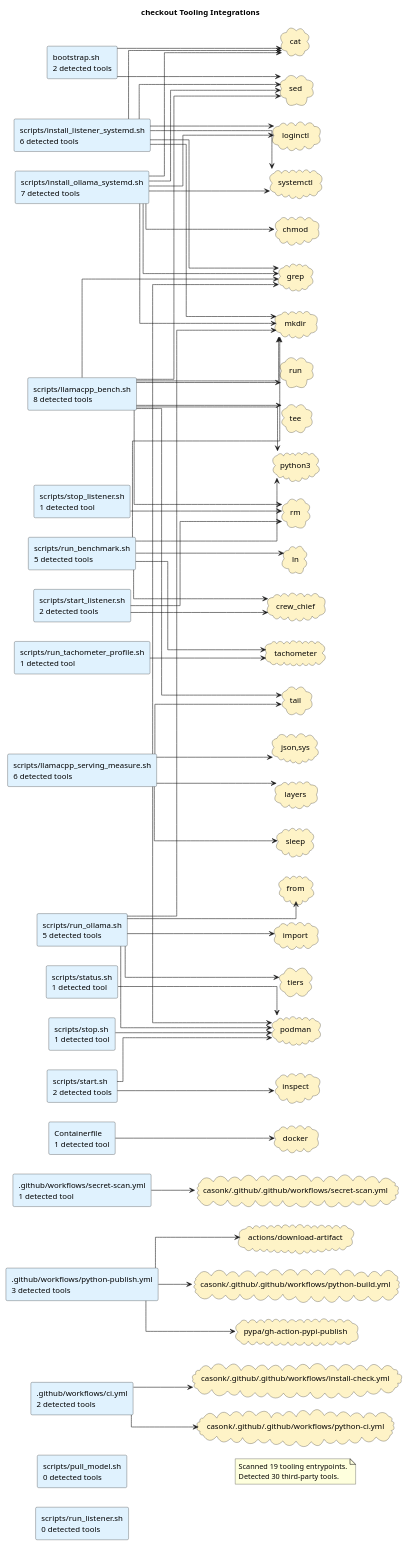
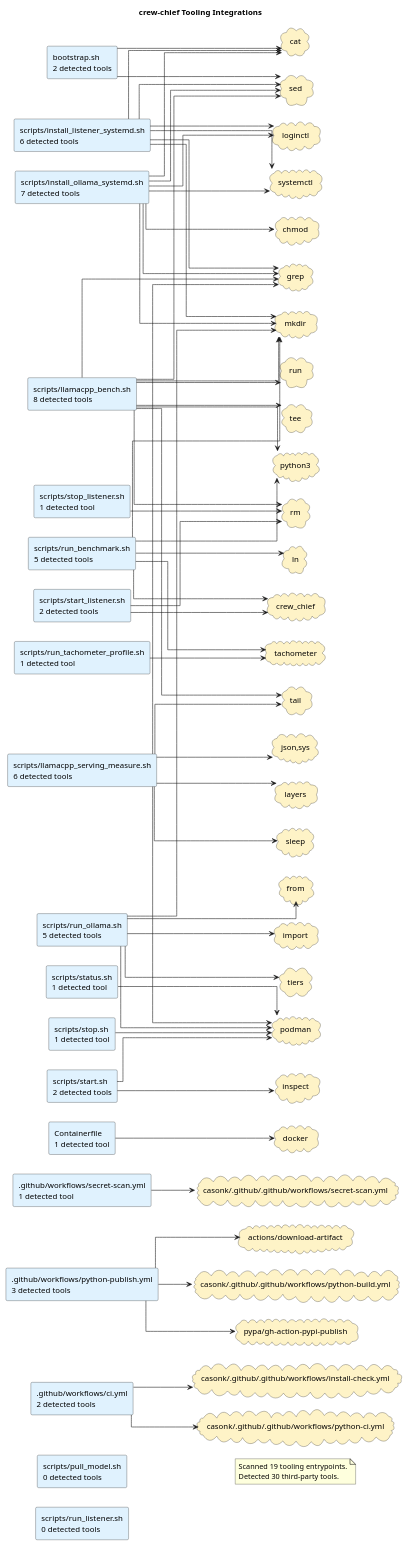
Before and after one commit to casonk/crew-chief: the diagram in docs/diagrams/tooling-integrations.puml, drawn with PlantUML. The commit also changed 23 other files, not shown here.

```diff
--- a/docs/diagrams/tooling-integrations.puml
+++ b/docs/diagrams/tooling-integrations.puml
@@ -1,115 +1,115 @@
 @startuml
-title checkout Tooling Integrations
+title crew-chief Tooling Integrations
 left to right direction
 skinparam shadowing false
 skinparam defaultFontName Monospace
 skinparam componentStyle rectangle
 skinparam linetype ortho
 rectangle ".github/workflows/ci.yml\n2 detected tools" as source_github_workflows_ci_yml #E0F2FE
 rectangle ".github/workflows/python-publish.yml\n3 detected tools" as source_github_workflows_python_publish_yml #E0F2FE
 rectangle ".github/workflows/secret-scan.yml\n1 detected tool" as source_github_workflows_secret_scan_yml #E0F2FE
 rectangle "Containerfile\n1 detected tool" as source_containerfile #E0F2FE
 rectangle "bootstrap.sh\n2 detected tools" as source_bootstrap_sh #E0F2FE
 rectangle "scripts/install_listener_systemd.sh\n6 detected tools" as source_scripts_install_listener_systemd_sh #E0F2FE
 rectangle "scripts/install_ollama_systemd.sh\n7 detected tools" as source_scripts_install_ollama_systemd_sh #E0F2FE
 rectangle "scripts/llamacpp_bench.sh\n8 detected tools" as source_scripts_llamacpp_bench_sh #E0F2FE
 rectangle "scripts/llamacpp_serving_measure.sh\n6 detected tools" as source_scripts_llamacpp_serving_measure_sh #E0F2FE
 rectangle "scripts/pull_model.sh\n0 detected tools" as source_scripts_pull_model_sh #E0F2FE
 rectangle "scripts/run_benchmark.sh\n5 detected tools" as source_scripts_run_benchmark_sh #E0F2FE
 rectangle "scripts/run_listener.sh\n0 detected tools" as source_scripts_run_listener_sh #E0F2FE
 rectangle "scripts/run_ollama.sh\n5 detected tools" as source_scripts_run_ollama_sh #E0F2FE
 rectangle "scripts/run_tachometer_profile.sh\n1 detected tool" as source_scripts_run_tachometer_profile_sh #E0F2FE
 rectangle "scripts/start.sh\n2 detected tools" as source_scripts_start_sh #E0F2FE
 rectangle "scripts/start_listener.sh\n2 detected tools" as source_scripts_start_listener_sh #E0F2FE
 rectangle "scripts/status.sh\n1 detected tool" as source_scripts_status_sh #E0F2FE
 rectangle "scripts/stop.sh\n1 detected tool" as source_scripts_stop_sh #E0F2FE
 rectangle "scripts/stop_listener.sh\n1 detected tool" as source_scripts_stop_listener_sh #E0F2FE
 cloud "actions/download-artifact" as tool_actions_download_artifact #FEF3C7
 cloud "casonk/.github/.github/workflows/install-check.yml" as tool_casonk_github_github_workflows_install_check_yml #FEF3C7
 cloud "casonk/.github/.github/workflows/python-build.yml" as tool_casonk_github_github_workflows_python_build_yml #FEF3C7
 cloud "casonk/.github/.github/workflows/python-ci.yml" as tool_casonk_github_github_workflows_python_ci_yml #FEF3C7
 cloud "casonk/.github/.github/workflows/secret-scan.yml" as tool_casonk_github_github_workflows_secret_scan_yml #FEF3C7
 cloud "cat" as tool_cat #FEF3C7
 cloud "chmod" as tool_chmod #FEF3C7
 cloud "crew_chief" as tool_crew_chief #FEF3C7
 cloud "docker" as tool_docker #FEF3C7
 cloud "from" as tool_from #FEF3C7
 cloud "grep" as tool_grep #FEF3C7
 cloud "import" as tool_import #FEF3C7
 cloud "inspect" as tool_inspect #FEF3C7
 cloud "json,sys" as tool_json_sys #FEF3C7
 cloud "layers" as tool_layers #FEF3C7
 cloud "ln" as tool_ln #FEF3C7
 cloud "loginctl" as tool_loginctl #FEF3C7
 cloud "mkdir" as tool_mkdir #FEF3C7
 cloud "podman" as tool_podman #FEF3C7
 cloud "pypa/gh-action-pypi-publish" as tool_pypa_gh_action_pypi_publish #FEF3C7
 cloud "python3" as tool_python3 #FEF3C7
 cloud "rm" as tool_rm #FEF3C7
 cloud "run" as tool_run #FEF3C7
 cloud "sed" as tool_sed #FEF3C7
 cloud "sleep" as tool_sleep #FEF3C7
 cloud "systemctl" as tool_systemctl #FEF3C7
 cloud "tachometer" as tool_tachometer #FEF3C7
 cloud "tail" as tool_tail #FEF3C7
 cloud "tee" as tool_tee #FEF3C7
 cloud "tiers" as tool_tiers #FEF3C7
 source_github_workflows_ci_yml --> tool_casonk_github_github_workflows_install_check_yml
 source_github_workflows_ci_yml --> tool_casonk_github_github_workflows_python_ci_yml
 source_github_workflows_python_publish_yml --> tool_actions_download_artifact
 source_github_workflows_python_publish_yml --> tool_casonk_github_github_workflows_python_build_yml
 source_github_workflows_python_publish_yml --> tool_pypa_gh_action_pypi_publish
 source_github_workflows_secret_scan_yml --> tool_casonk_github_github_workflows_secret_scan_yml
 source_containerfile --> tool_docker
 source_bootstrap_sh --> tool_cat
 source_bootstrap_sh --> tool_sed
 source_scripts_install_listener_systemd_sh --> tool_cat
 source_scripts_install_listener_systemd_sh --> tool_grep
 source_scripts_install_listener_systemd_sh --> tool_loginctl
 source_scripts_install_listener_systemd_sh --> tool_mkdir
 source_scripts_install_listener_systemd_sh --> tool_sed
 source_scripts_install_listener_systemd_sh --> tool_systemctl
 source_scripts_install_ollama_systemd_sh --> tool_cat
 source_scripts_install_ollama_systemd_sh --> tool_chmod
 source_scripts_install_ollama_systemd_sh --> tool_grep
 source_scripts_install_ollama_systemd_sh --> tool_loginctl
 source_scripts_install_ollama_systemd_sh --> tool_mkdir
 source_scripts_install_ollama_systemd_sh --> tool_sed
 source_scripts_install_ollama_systemd_sh --> tool_systemctl
 source_scripts_llamacpp_bench_sh --> tool_grep
 source_scripts_llamacpp_bench_sh --> tool_mkdir
 source_scripts_llamacpp_bench_sh --> tool_python3
 source_scripts_llamacpp_bench_sh --> tool_rm
 source_scripts_llamacpp_bench_sh --> tool_run
 source_scripts_llamacpp_bench_sh --> tool_sed
 source_scripts_llamacpp_bench_sh --> tool_tail
 source_scripts_llamacpp_bench_sh --> tool_tee
 source_scripts_llamacpp_serving_measure_sh --> tool_grep
 source_scripts_llamacpp_serving_measure_sh --> tool_json_sys
 source_scripts_llamacpp_serving_measure_sh --> tool_layers
 source_scripts_llamacpp_serving_measure_sh --> tool_podman
 source_scripts_llamacpp_serving_measure_sh --> tool_sleep
 source_scripts_llamacpp_serving_measure_sh --> tool_tail
 source_scripts_run_benchmark_sh --> tool_crew_chief
 source_scripts_run_benchmark_sh --> tool_ln
 source_scripts_run_benchmark_sh --> tool_mkdir
 source_scripts_run_benchmark_sh --> tool_python3
 source_scripts_run_benchmark_sh --> tool_tachometer
 source_scripts_run_ollama_sh --> tool_from
 source_scripts_run_ollama_sh --> tool_import
 source_scripts_run_ollama_sh --> tool_mkdir
 source_scripts_run_ollama_sh --> tool_podman
 source_scripts_run_ollama_sh --> tool_tiers
 source_scripts_run_tachometer_profile_sh --> tool_tachometer
 source_scripts_start_sh --> tool_inspect
 source_scripts_start_sh --> tool_podman
 source_scripts_start_listener_sh --> tool_crew_chief
 source_scripts_start_listener_sh --> tool_rm
 source_scripts_status_sh --> tool_podman
 source_scripts_stop_sh --> tool_podman
 source_scripts_stop_listener_sh --> tool_rm
 note as toolingGraphSummary
 Scanned 19 tooling entrypoints.
 Detected 30 third-party tools.
 end note
 @enduml
```
